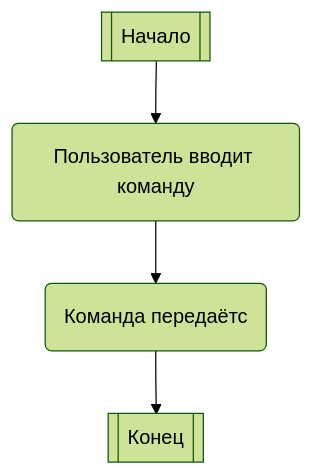
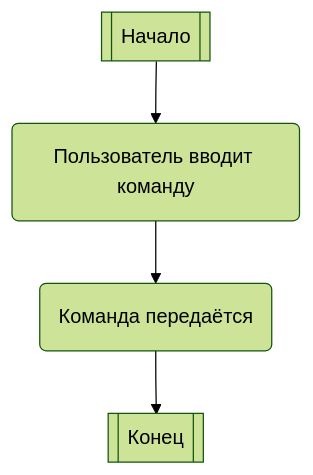
The diagram in all/не называться-1.md (obsmotpk/iodraw-files), drawn with Mermaid (forest theme) before and after one commit.

Commit message:
2025-02-17 21:46:18 update

````diff
--- a/all/не называться-1.md
+++ b/all/не называться-1.md
@@ -1,7 +1,7 @@
 ```mermaid
 flowchart TD
     id1[[Начало]] --> 
     id2(Пользователь вводит команду) -->
-    id3(Команда передаётс) -->
-    id4[[Конец]]
+    id3(Команда передаётся) -->
+    id100[[Конец]]
 ```
````
